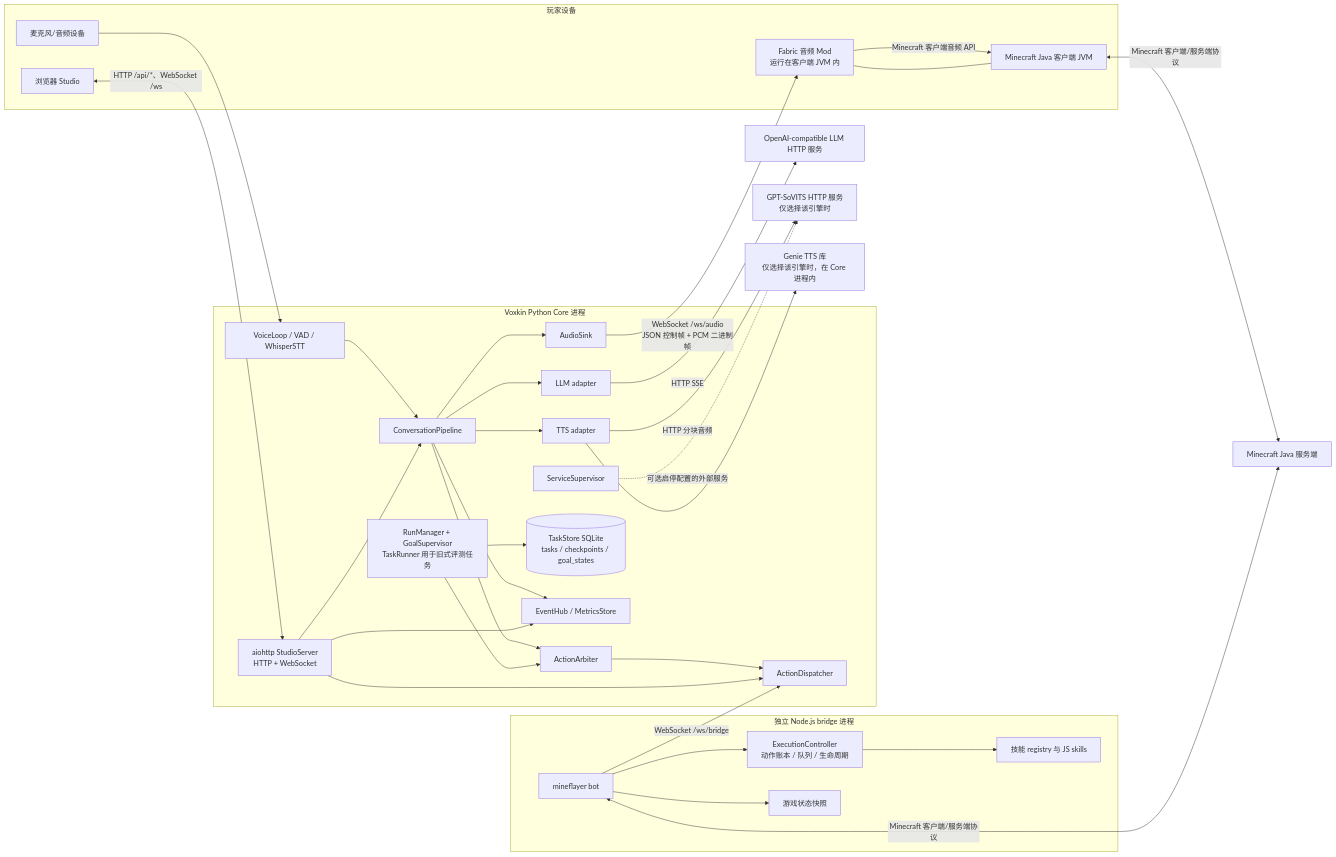
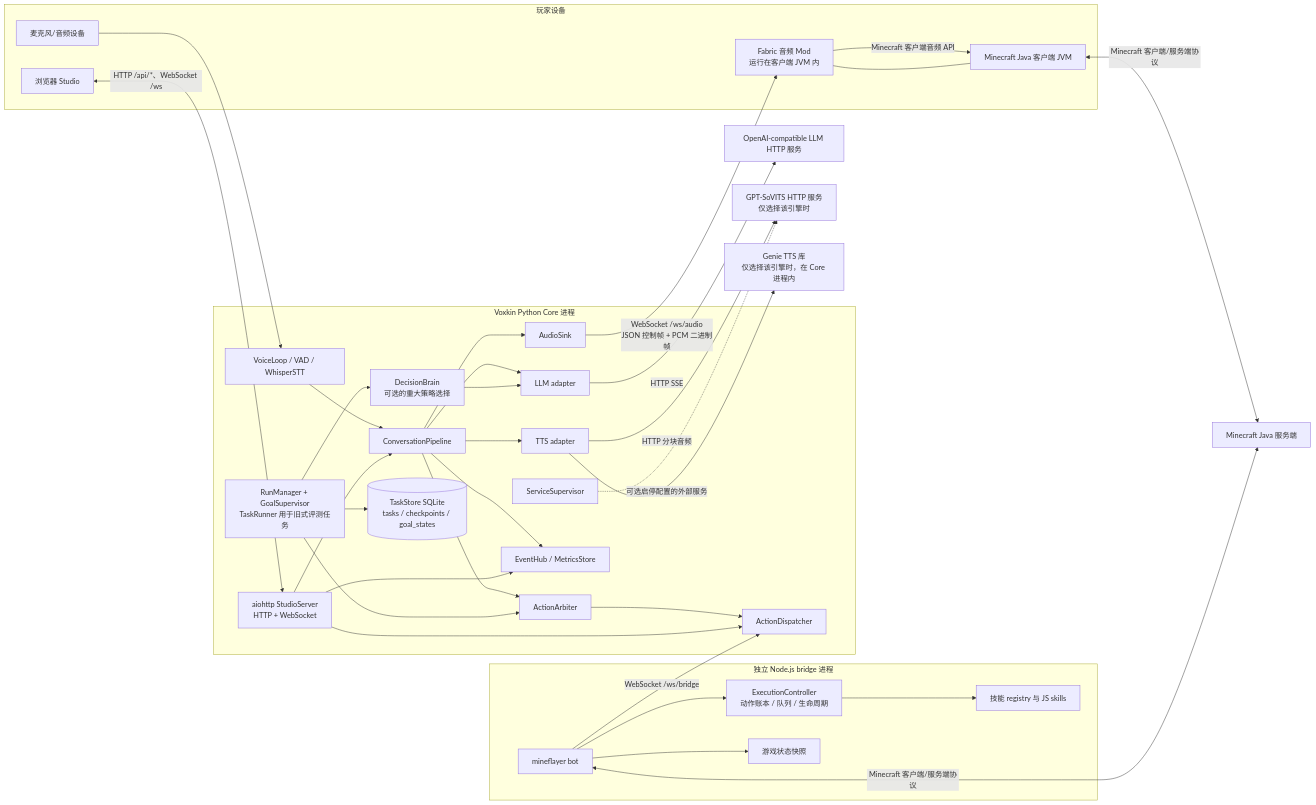
One commit to DeckDes233/Voxkin changed the first of 2 diagrams in docs/ARCHITECTURE.md. Above: the diagram before and after it, drawn with Mermaid. The commit also changed other lines of this file and 6 other files, not shown here.

````diff
--- a/docs/ARCHITECTURE.md
+++ b/docs/ARCHITECTURE.md
@@ -19,63 +19,65 @@
 ```mermaid
 flowchart LR
     subgraph Client[玩家设备]
         MIC[麦克风/音频设备]
         BROWSER[浏览器 Studio]
         MCClient[Minecraft Java 客户端 JVM]
         MOD[Fabric 音频 Mod<br/>运行在客户端 JVM 内]
         MCClient --- MOD
     end
 
     subgraph CoreProcess[Voxkin Python Core 进程]
         HTTP[aiohttp StudioServer<br/>HTTP + WebSocket]
         PIPE[ConversationPipeline]
         VOICE[VoiceLoop / VAD / WhisperSTT]
         LLMAD[LLM adapter]
         TTSAD[TTS adapter]
         AUDIO[AudioSink]
         ARB[ActionArbiter]
         DISP[ActionDispatcher]
         RUN[RunManager + GoalSupervisor<br/>TaskRunner 用于旧式评测任务]
+        BRAIN[DecisionBrain<br/>可选的重大策略选择]
         DB[(TaskStore SQLite<br/>tasks / checkpoints / goal_states)]
         HUB[EventHub / MetricsStore]
         SUP[ServiceSupervisor]
     end
 
     subgraph BridgeProcess[独立 Node.js bridge 进程]
         MF[mineflayer bot]
         QUEUE[ExecutionController<br/>动作账本 / 队列 / 生命周期]
         SK[技能 registry 与 JS skills]
         OBS[游戏状态快照]
         MF --> QUEUE
         QUEUE --> SK
         MF --> OBS
     end
 
     MCS[Minecraft Java 服务端]
     LLMService[OpenAI-compatible LLM HTTP 服务]
     TTSService[GPT-SoVITS HTTP 服务<br/>仅选择该引擎时]
     Genie[Genie TTS 库<br/>仅选择该引擎时，在 Core 进程内]
 
     MIC --> VOICE --> PIPE
     BROWSER <-->|HTTP /api/*、WebSocket /ws| HTTP
     HTTP --> PIPE
     PIPE --> LLMAD -->|HTTP SSE| LLMService
     PIPE --> TTSAD
     TTSAD -->|HTTP 分块音频| TTSService
     TTSAD --> Genie
     PIPE --> AUDIO
     AUDIO -->|WebSocket /ws/audio<br/>JSON 控制帧 + PCM 二进制帧| MOD
     MOD -->|Minecraft 客户端音频 API| MCClient
 
     MCClient <-->|Minecraft 客户端/服务端协议| MCS
     MF <-->|Minecraft 客户端/服务端协议| MCS
     MF -->|WebSocket /ws/bridge| DISP
     PIPE --> ARB
     RUN --> ARB
+    RUN --> BRAIN --> LLMAD
     ARB --> DISP
     HTTP --> DISP
     RUN --> DB
     PIPE --> HUB
     HTTP --> HUB
     SUP -.可选启停配置的外部服务.-> TTSService
 ```
````
